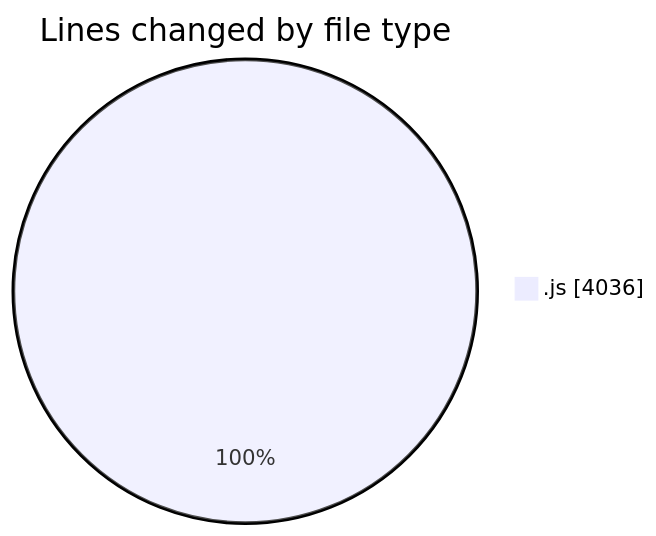
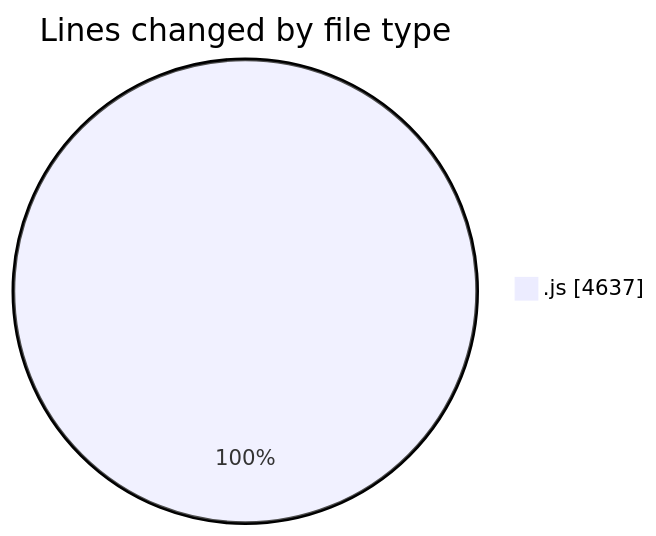
One commit to nxtqubesakshisongat/code-tracking changed the first of 2 diagrams in 2025-10-15/nxtqube_webapp/README.md. Above: the diagram before and after it, drawn with Mermaid. The commit also changed other lines of this file and 1 other file, not shown here.

````diff
--- a/2025-10-15/nxtqube_webapp/README.md
+++ b/2025-10-15/nxtqube_webapp/README.md
@@ -21,5 +21,5 @@
 ```mermaid
 pie showData
 title Lines changed by file type
-".js" : 4036
+".js" : 4637
 ```
````
